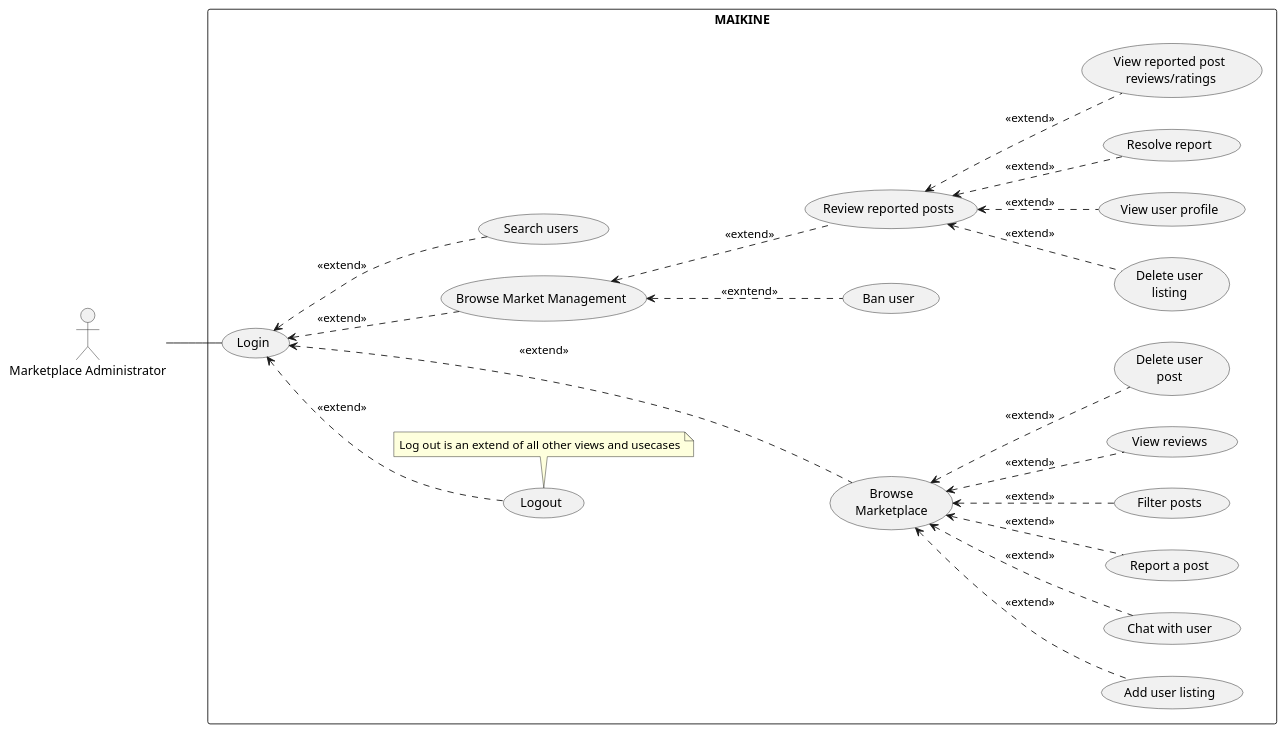
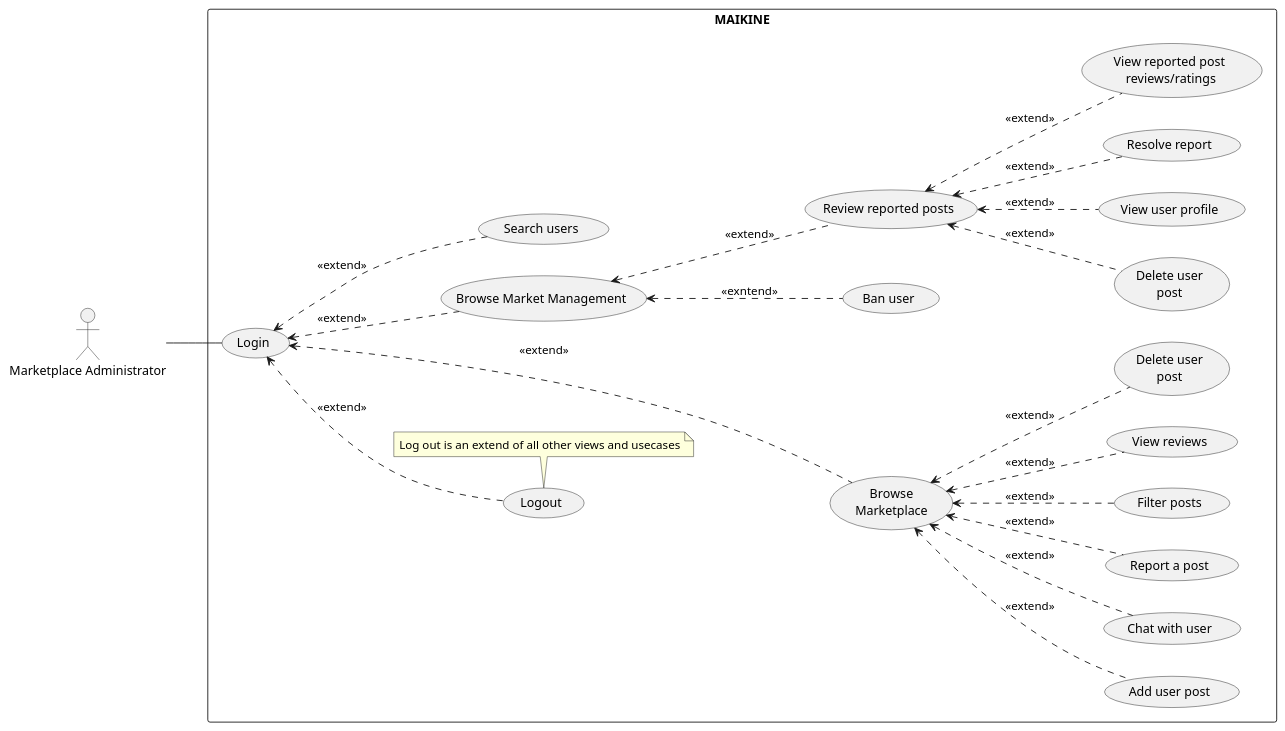
The diagram in usecaseDiagrams/Marketplace_Administrator_Diagram.puml (JanPerez35/PlantUML), drawn with PlantUML before and after one commit. The commit also changed 5 other files, not shown here.

Commit message:
Fixed naming on Case and Activity Diagrams

```diff
--- a/usecaseDiagrams/Marketplace_Administrator_Diagram.puml
+++ b/usecaseDiagrams/Marketplace_Administrator_Diagram.puml
@@ -1,61 +1,61 @@
 @startuml
 left to right direction
 skinparam packageStyle rectangle
 
 actor "Marketplace Administrator" as MarketplaceAdmin
 
 rectangle MAIKINE {
 
   usecase "Login" as UC_Login
   usecase "Logout" as UC_Logout
 
   usecase "Browse\nMarketplace" as UC_Browse
   usecase "Browse Market Management" as UC_Mana
   usecase "Search users" as UC_SearchUsers
-  usecase "Add user listing" as UC_AddListing
-  usecase "Delete user\nlisting" as UC_DeleteUserListing
+  usecase "Add user post" as UC_AddListing
+  usecase "Delete user\npost" as UC_DeleteUserListing
   usecase "Chat with user" as UC_Chat
   usecase "Report a post" as UC_Report
   usecase "Ban user" as UC_BanUser
   usecase "Review reported posts" as UC_View
   usecase "Filter posts" as UC_Filter
   usecase "View user profile" as UC_ViewProfile
   usecase "View reviews" as UC_ViewReview
   usecase "Resolve report" as UC_Resolve
   usecase "View reported post\n reviews/ratings" as UC_Research
   usecase "Delete user\npost" as UC_DeleteUserPost
   
 
   note bottom of (UC_Logout)
   Log out is an extend of all other views and usecases
   end note
 }
 
 MarketplaceAdmin -- UC_Login
 UC_Login <.. UC_Logout :<<extend>>
 UC_Login <.. UC_Browse :<<extend>>
 UC_Login <.. UC_Mana :<<extend>>
 UC_Login <.. UC_SearchUsers :<<extend>>
 
 UC_Mana <.. UC_View :<<extend>>
 UC_Mana <.. UC_BanUser :<<exntend>>
 
 UC_View <.. UC_ViewProfile :<<extend>>
 UC_View <..UC_Resolve:<<extend>>
 UC_View <.. UC_DeleteUserListing :<<extend>>
 UC_View <.. UC_Research : <<extend>>
 
 
 UC_Browse <.. UC_Chat :<<extend>>
 
 UC_Browse <.. UC_Filter :<<extend>>
 UC_Browse <.. UC_AddListing :<<extend>>
 UC_Browse <.. UC_ViewReview :<<extend>>
 UC_Browse <.. UC_Report :<<extend>>
 UC_Browse <.. UC_DeleteUserPost :<<extend>>
 
 UC_Logout -down[hidden]-> UC_Browse
 
 
 
 @enduml
```
